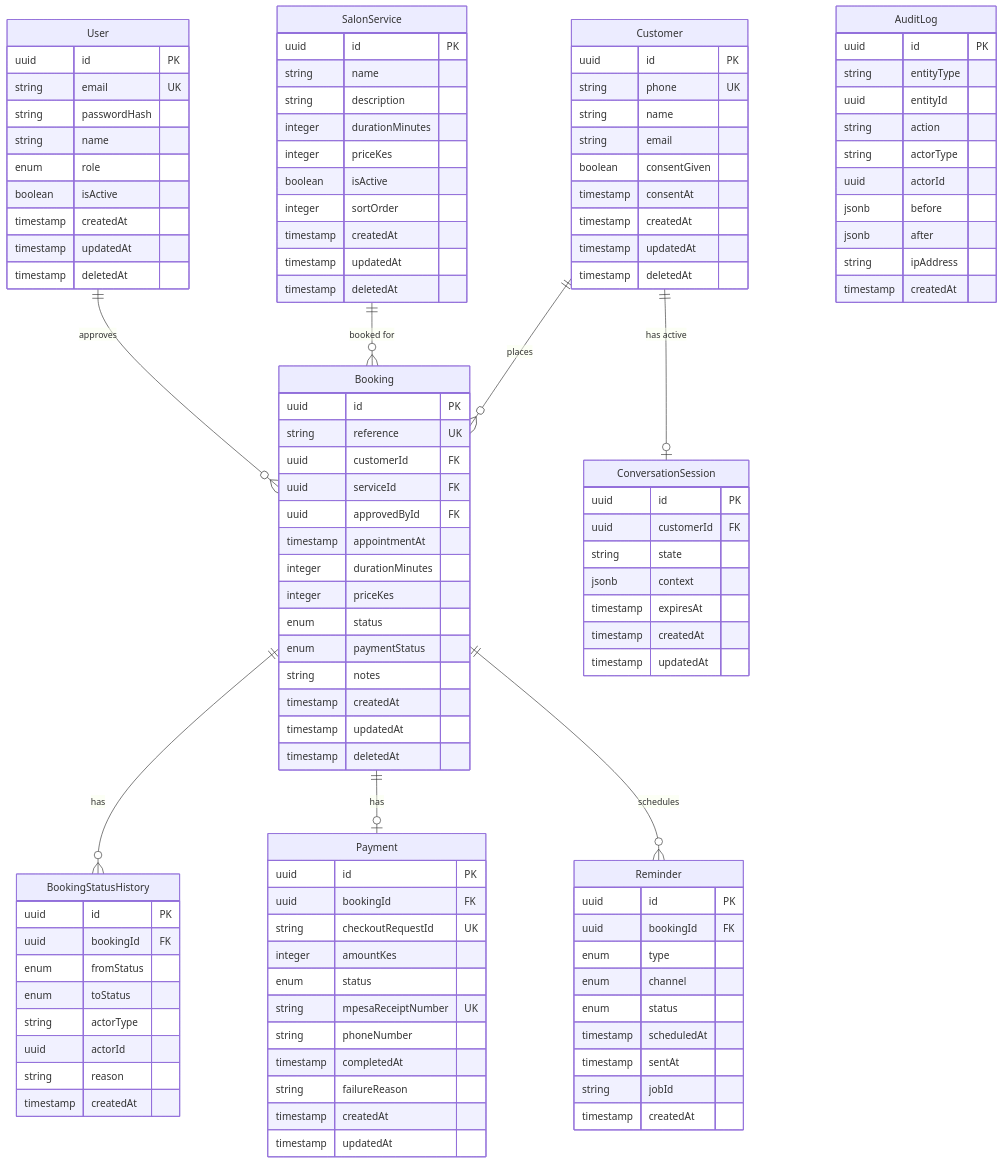
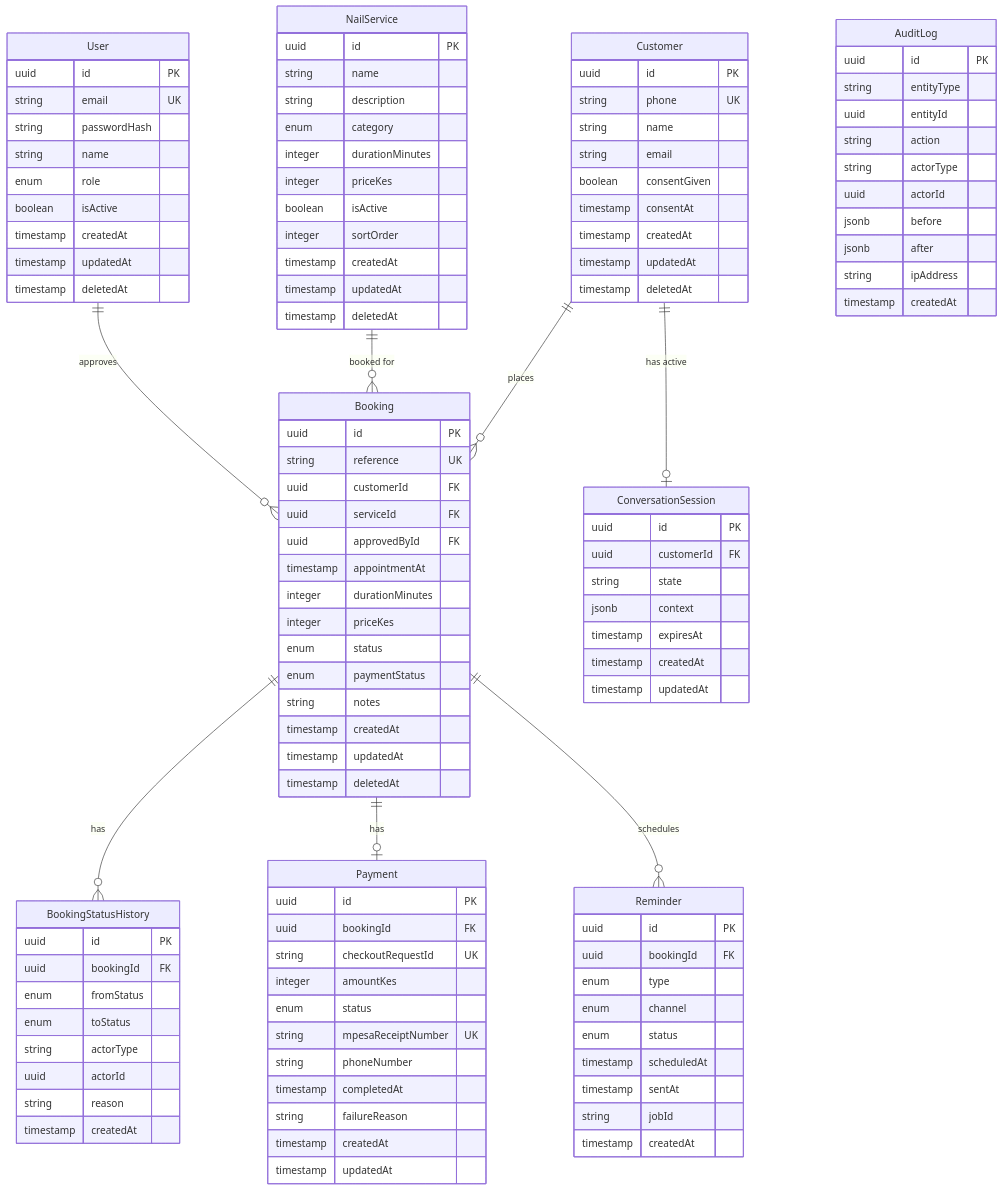
The diagram in docs/DATABASE_DESIGN.md (eva003n/wanny-s-nails), drawn with Mermaid before and after one commit. The commit also changed other lines of this file and 3 other files, not shown here.

```diff
--- a/docs/DATABASE_DESIGN.md
+++ b/docs/DATABASE_DESIGN.md
@@ -52,10 +52,11 @@
         timestamp deletedAt
     }
 
-    SalonService {
+    NailService {
         uuid id PK
         string name
         string description
+        enum category
         integer durationMinutes
         integer priceKes
         boolean isActive
@@ -143,7 +144,7 @@
     }
 
     Customer ||--o{ Booking : "places"
-    SalonService ||--o{ Booking : "booked for"
+    NailService ||--o{ Booking : "booked for"
     User ||--o{ Booking : "approves"
     Booking ||--o{ BookingStatusHistory : "has"
     Booking ||--o| Payment : "has"
```
